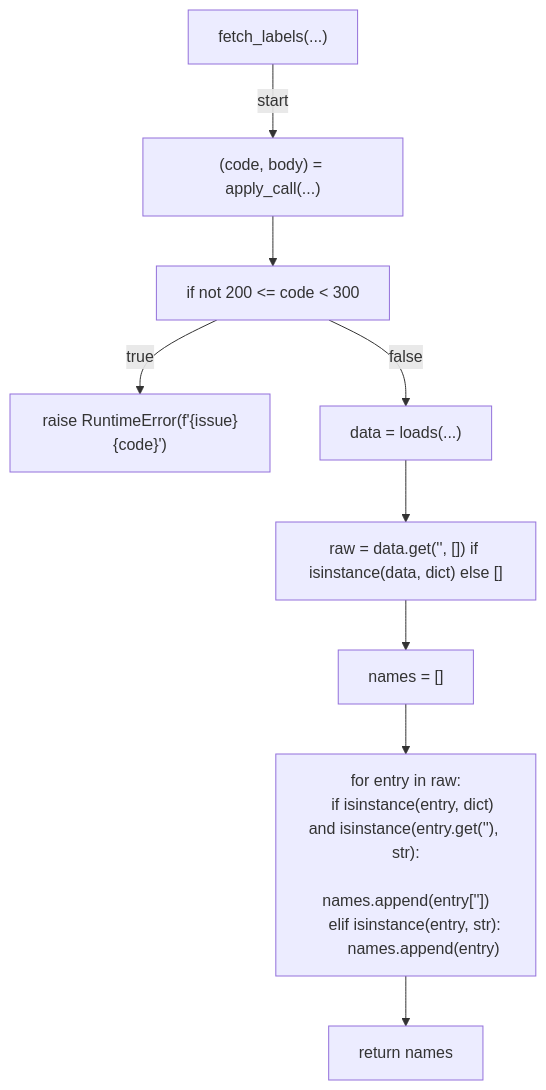
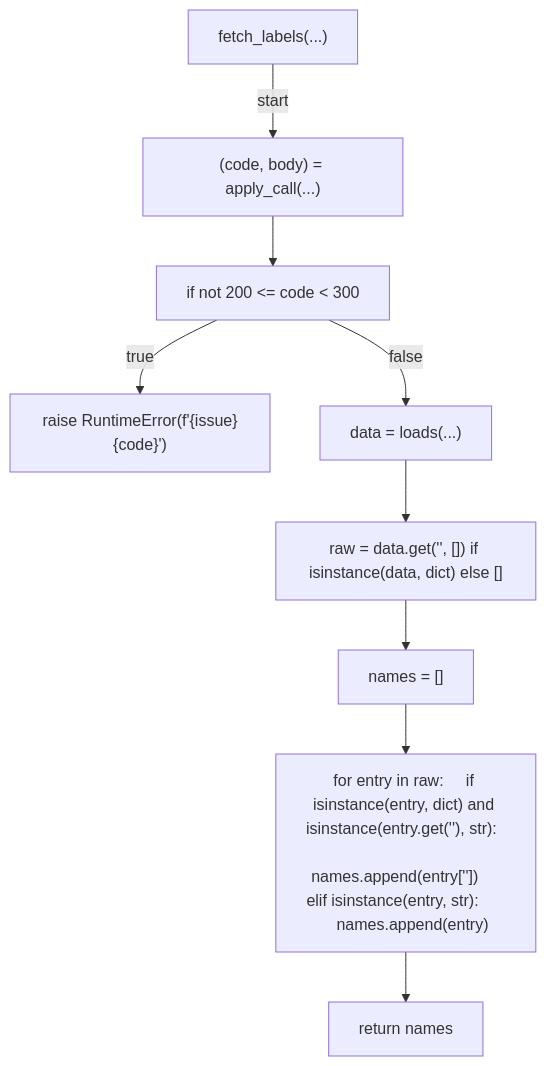
Before and after one commit to tvna/claude-md: the third of 8 diagrams in docs/generated/scripts/ast/np_strategy_tracking.md, drawn with Mermaid. The commit also changed other lines of this file and 30 other files, not shown here.

First line of the commit message:
docs(generated): regenerate decision tree and workflow diagrams (batch 2/5)

````diff
--- a/docs/generated/scripts/ast/np_strategy_tracking.md
+++ b/docs/generated/scripts/ast/np_strategy_tracking.md
@@ -50,24 +48,20 @@
 ```mermaid
 flowchart TD
     N001["fetch_labels(...)"]
     N002["(code, body) = apply_call(...)"]
     N003["if not 200 <= code < 300"]
     N004["raise RuntimeError(f'<str>{issue}<str>{code}<str>')"]
     N005["data = loads(...)"]
     N006["raw = data.get('<str>', []) if isinstance(data, dict) else []"]
     N007["names = []"]
-    N008["for entry in raw:
-    if isinstance(entry, dict) and isinstance(entry.get('<str>'), str):
-        names.append(entry['<str>'])
-    elif isinstance(entry, str):
-        names.append(entry)"]
+    N008["for entry in raw:     if isinstance(entry, dict) and isinstance(entry.get('<str>'), str):         names.append(entry['<str>'])     elif isinstance(entry, str):         names.append(entry)"]
     N009["return names"]
     N001 -->|"start"| N002
     N002 --> N003
     N003 -->|"true"| N004
     N003 -->|"false"| N005
     N005 --> N006
     N006 --> N007
     N007 --> N008
     N008 --> N009
 ```
````
